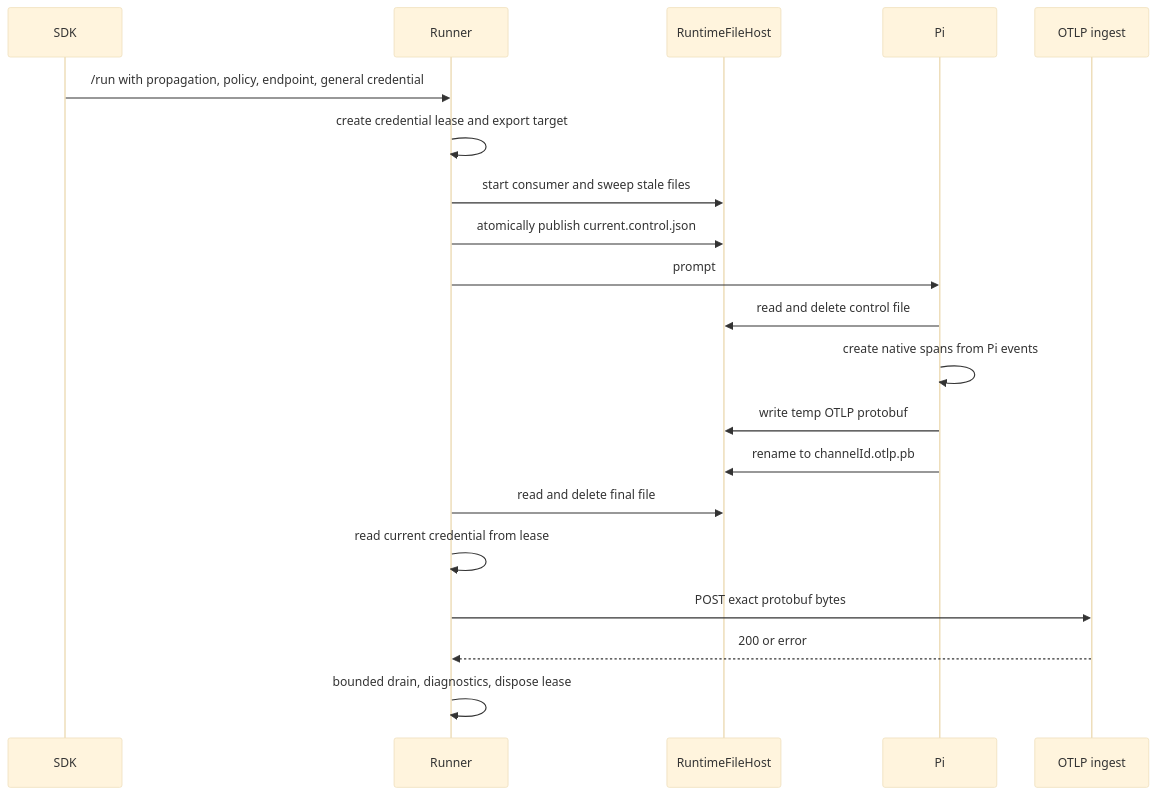
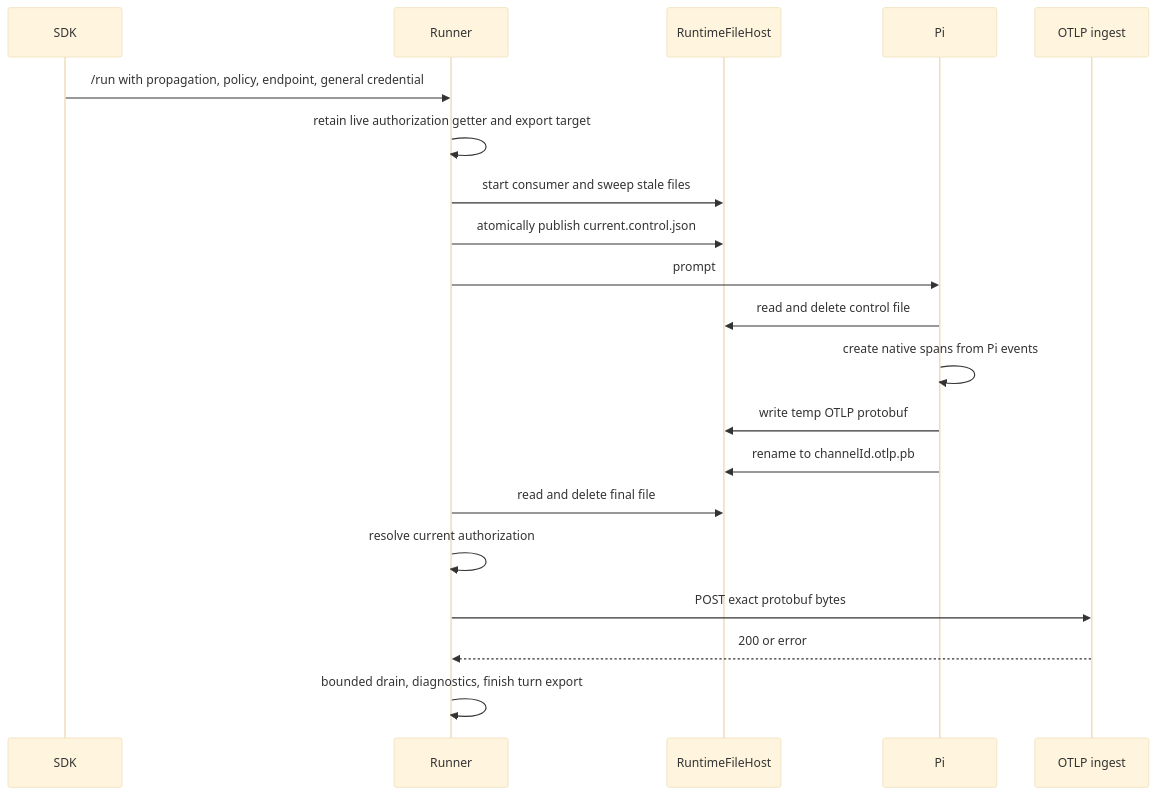
Before and after one commit to Agenta-AI/agenta: the diagram in docs/design/runner-owned-pi-trace-export/architecture.md, drawn with Mermaid (base theme). The commit also changed other lines of this file and 5 other files, not shown here.

Commit message:
docs(runner): align Pi export design with implementation

````diff
--- a/docs/design/runner-owned-pi-trace-export/architecture.md
+++ b/docs/design/runner-owned-pi-trace-export/architecture.md
@@ -154,23 +142,23 @@
 ```mermaid
 sequenceDiagram
     participant SDK
     participant Runner
     participant Host as RuntimeFileHost
     participant Pi
     participant API as OTLP ingest
 
     SDK->>Runner: /run with propagation, policy, endpoint, general credential
-    Runner->>Runner: create credential lease and export target
+    Runner->>Runner: retain live authorization getter and export target
     Runner->>Host: start consumer and sweep stale files
     Runner->>Host: atomically publish current.control.json
     Runner->>Pi: prompt
     Pi->>Host: read and delete control file
     Pi->>Pi: create native spans from Pi events
     Pi->>Host: write temp OTLP protobuf
     Pi->>Host: rename to channelId.otlp.pb
     Runner->>Host: read and delete final file
-    Runner->>Runner: read current credential from lease
+    Runner->>Runner: resolve current authorization
     Runner->>API: POST exact protobuf bytes
     API-->>Runner: 200 or error
-    Runner->>Runner: bounded drain, diagnostics, dispose lease
+    Runner->>Runner: bounded drain, diagnostics, finish turn export
 ```
````
